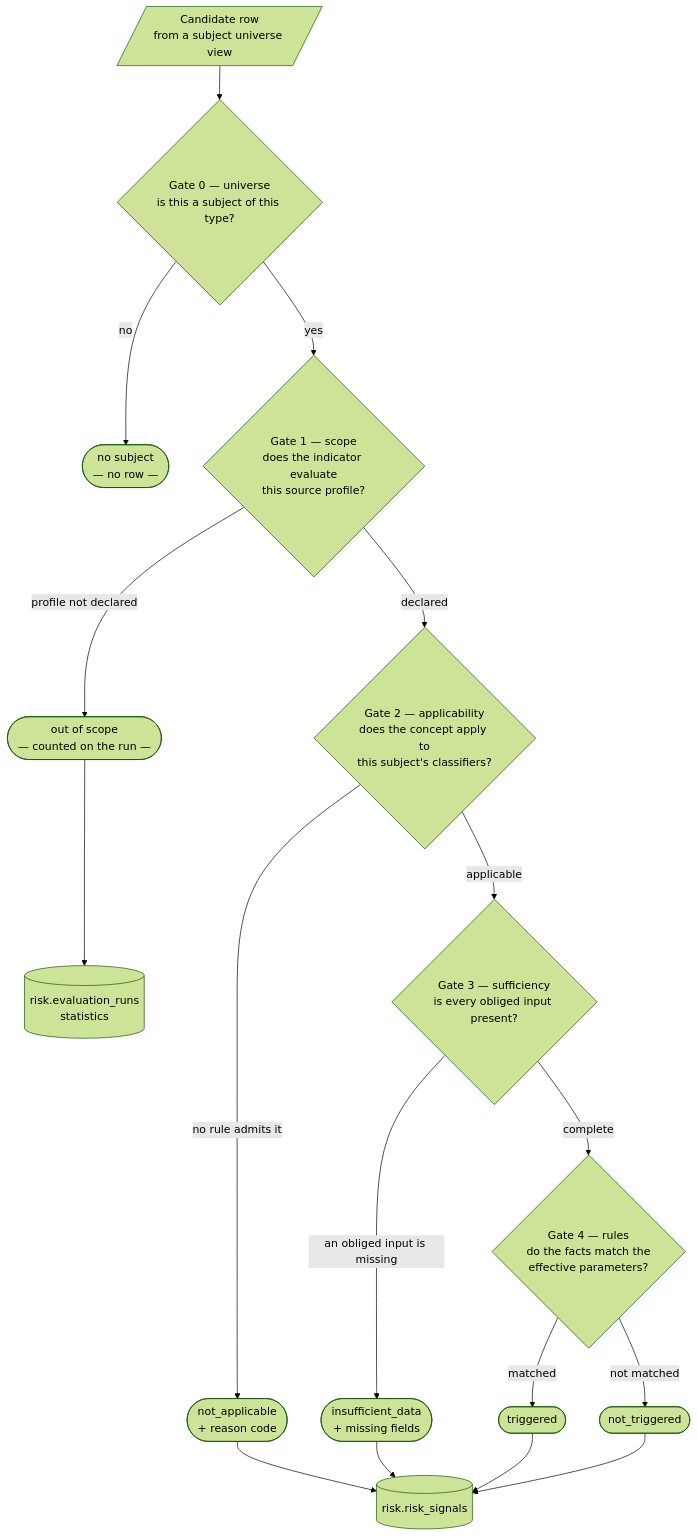
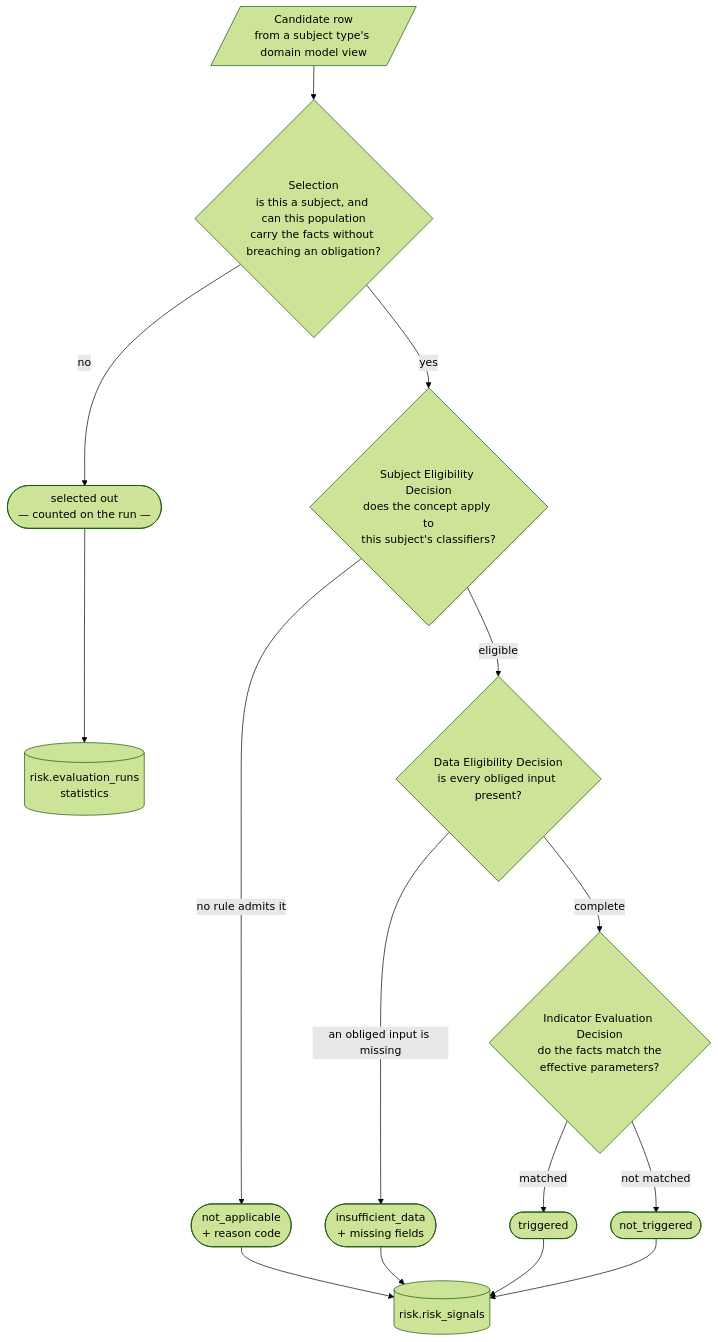
One commit to Viespirkiu-grupe/viespirkiai changed the fifth of 9 diagrams in docs/indicators-story/risk-service-architecture.md. Above: the diagram before and after it, drawn with Mermaid (forest theme). The commit also changed other lines of this file, not shown here.

Commit message:
architecture update

````diff
--- a/docs/indicators-story/risk-service-architecture.md
+++ b/docs/indicators-story/risk-service-architecture.md
@@ -434,36 +458,32 @@
 ```mermaid
 flowchart TB
-    R[/"Candidate row<br/>from a subject universe view"/]
-    G0{"Gate 0 — universe<br/>is this a subject of this type?"}
-    G1{"Gate 1 — scope<br/>does the indicator evaluate<br/>this source profile?"}
-    G2{"Gate 2 — applicability<br/>does the concept apply to<br/>this subject's classifiers?"}
-    G3{"Gate 3 — sufficiency<br/>is every obliged input present?"}
-    G4{"Gate 4 — rules<br/>do the facts match the<br/>effective parameters?"}
+    R[/"Candidate row<br/>from a subject type's domain model view"/]
+    G0{"Selection<br/>is this a subject, and can this population<br/>carry the facts without breaching an obligation?"}
+    G2{"Subject Eligibility Decision<br/>does the concept apply to<br/>this subject's classifiers?"}
+    G3{"Data Eligibility Decision<br/>is every obliged input present?"}
+    G4{"Indicator Evaluation Decision<br/>do the facts match the<br/>effective parameters?"}
 
-    OU(["no subject<br/>— no row —"])
-    OS(["out of scope<br/>— counted on the run —"])
+    OS(["selected out<br/>— counted on the run —"])
     NA(["not_applicable<br/>+ reason code"])
     ID(["insufficient_data<br/>+ missing fields"])
     TR(["triggered"])
     NT(["not_triggered"])
     OBS[("risk.risk_signals")]
     RUN[("risk.evaluation_runs<br/>statistics")]
 
     R --> G0
-    G0 -->|" no "| OU
-    G0 -->|" yes "| G1
-    G1 -->|" profile not declared "| OS
-    G1 -->|" declared "| G2
+    G0 -->|" no "| OS
+    G0 -->|" yes "| G2
     G2 -->|" no rule admits it "| NA
-    G2 -->|" applicable "| G3
+    G2 -->|" eligible "| G3
     G3 -->|" an obliged input is missing "| ID
     G3 -->|" complete "| G4
     G4 -->|" matched "| TR
     G4 -->|" not matched "| NT
 
     OS --> RUN
     NA --> OBS
     ID --> OBS
     TR --> OBS
     NT --> OBS
 ```
````
